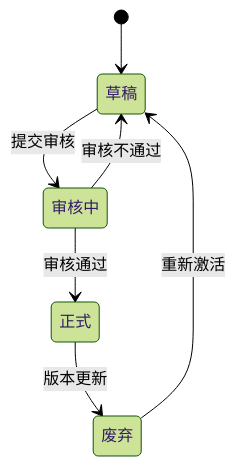
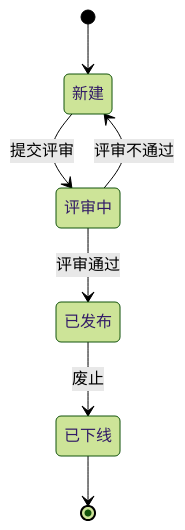
The first of 8 diagrams in .agents/skills/design-doc/assets/guides/flowchart-guide.md (reddishz/designdoc), drawn with Mermaid (forest theme) before and after one commit. The commit also changed other lines of this file and 26 other files, not shown here.

````diff
--- a/.agents/skills/design-doc/assets/guides/flowchart-guide.md
+++ b/.agents/skills/design-doc/assets/guides/flowchart-guide.md
@@ -64,9 +67,9 @@
 ```mermaid
 stateDiagram-v2
-    [*] --> 草稿
-    草稿 --> 审核中 : 提交审核
-    审核中 --> 草稿 : 审核不通过
-    审核中 --> 正式 : 审核通过
-    正式 --> 废弃 : 版本更新
-    废弃 --> 草稿 : 重新激活
+    [*] --> 新建
+    新建 --> 评审中 : 提交评审
+    评审中 --> 新建 : 评审不通过
+    评审中 --> 已发布 : 评审通过
+    已发布 --> 已下线 : 废止
+    已下线 --> [*]
 ```
````
